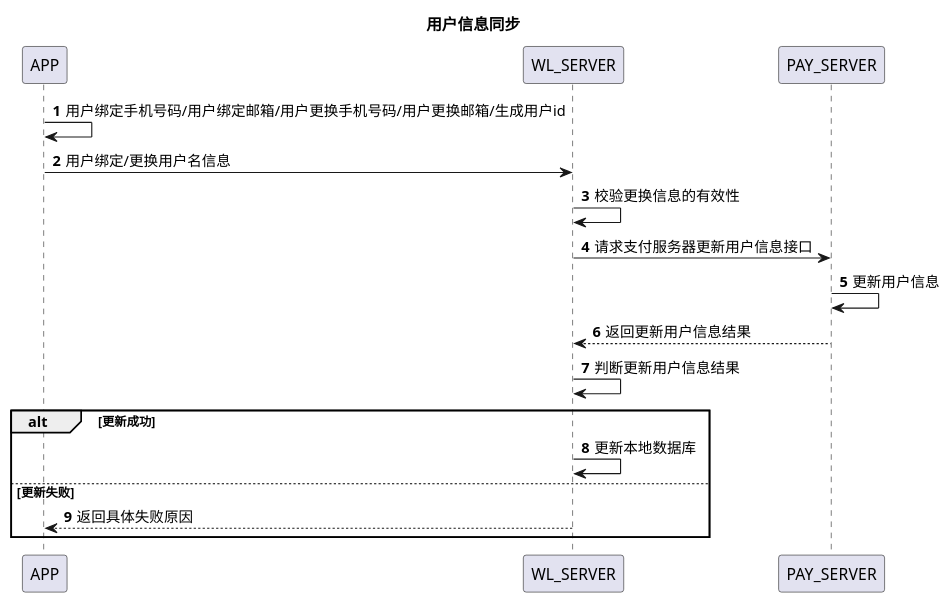
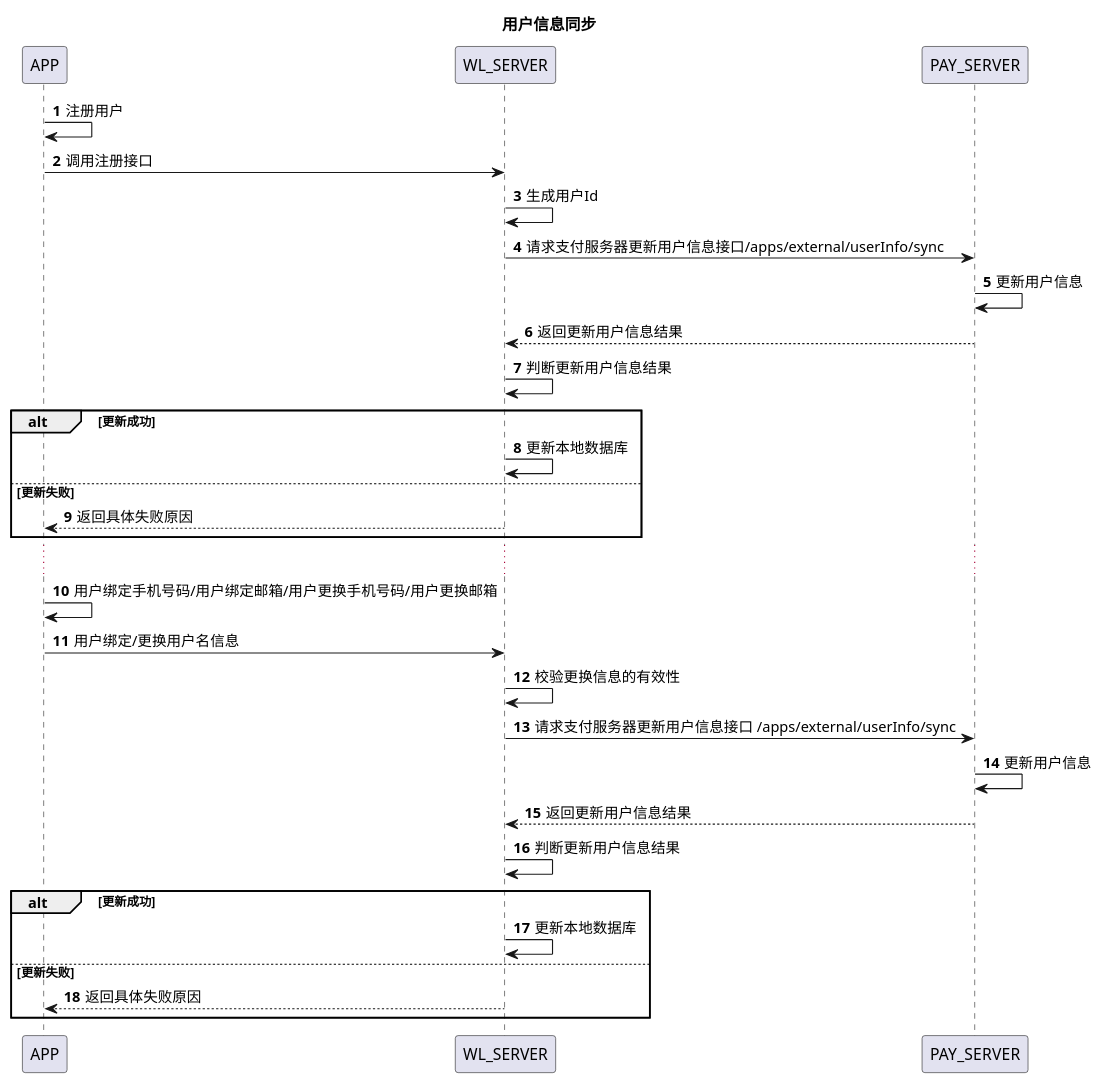
One commit to 13589080127/zc-test changed the diagram in doc/wpay/user_info_sync.puml. Above: the diagram before and after it, drawn with PlantUML.

Commit message:
用户信息更新接口

```diff
--- a/doc/wpay/user_info_sync.puml
+++ b/doc/wpay/user_info_sync.puml
@@ -1,16 +1,29 @@
 @startuml
 title:用户信息同步
 autonumber
-APP->APP:用户绑定手机号码/用户绑定邮箱/用户更换手机号码/用户更换邮箱/生成用户id
+APP->APP:注册用户
+APP->WL_SERVER:调用注册接口
+WL_SERVER->WL_SERVER:生成用户Id
+WL_SERVER->PAY_SERVER:请求支付服务器更新用户信息接口/apps/external/userInfo/sync
+PAY_SERVER->PAY_SERVER:更新用户信息
+PAY_SERVER-->WL_SERVER:返回更新用户信息结果
+WL_SERVER->WL_SERVER:判断更新用户信息结果
+alt 更新成功
+WL_SERVER->WL_SERVER:更新本地数据库
+else 更新失败
+WL_SERVER-->APP:返回具体失败原因
+end
+...
+APP->APP:用户绑定手机号码/用户绑定邮箱/用户更换手机号码/用户更换邮箱
 APP->WL_SERVER:用户绑定/更换用户名信息
 WL_SERVER->WL_SERVER:校验更换信息的有效性
-WL_SERVER->PAY_SERVER:请求支付服务器更新用户信息接口
+WL_SERVER->PAY_SERVER:请求支付服务器更新用户信息接口 /apps/external/userInfo/sync
 PAY_SERVER->PAY_SERVER:更新用户信息
 PAY_SERVER-->WL_SERVER:返回更新用户信息结果
 WL_SERVER->WL_SERVER:判断更新用户信息结果
 alt 更新成功
 WL_SERVER->WL_SERVER:更新本地数据库
 else 更新失败
 WL_SERVER-->APP:返回具体失败原因
 end
 @enduml
```
